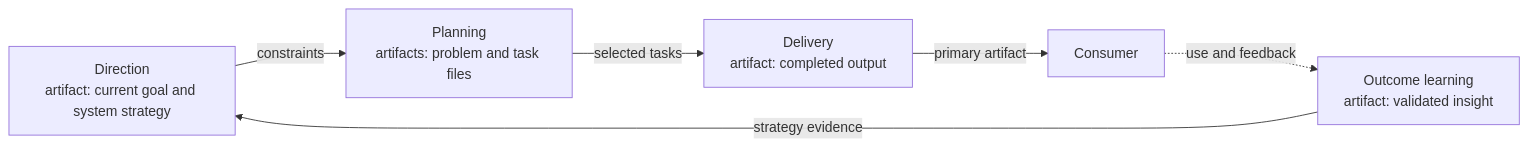
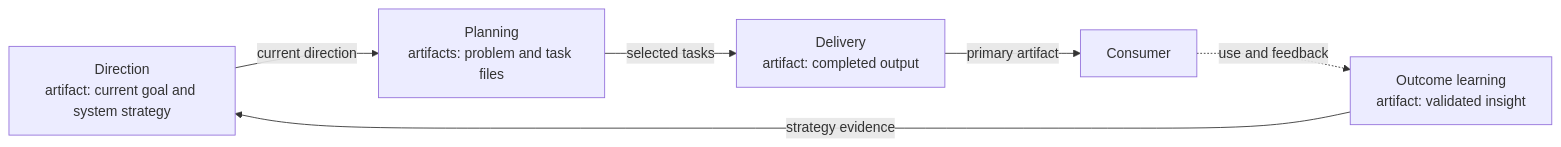
One commit to flooper68/adaptive-problem-solving-systems changed the second of 5 diagrams in framework/VISUALIZATION.md. Above: the diagram before and after it, drawn with Mermaid. The commit also changed other lines of this file and 96 other files, not shown here.

````diff
--- a/framework/VISUALIZATION.md
+++ b/framework/VISUALIZATION.md
@@ -46,14 +43,14 @@
 ```mermaid
 flowchart LR
     direction["Direction\nartifact: current goal and system strategy"]
     planning["Planning\nartifacts: problem and task files"]
     delivery["Delivery\nartifact: completed output"]
     consumer["Consumer"]
     learning["Outcome learning\nartifact: validated insight"]
 
-    direction -->|"constraints"| planning
+    direction -->|"current direction"| planning
     planning -->|"selected tasks"| delivery
     delivery -->|"primary artifact"| consumer
     consumer -.->|"use and feedback"| learning
     learning -->|"strategy evidence"| direction
 ```
````
